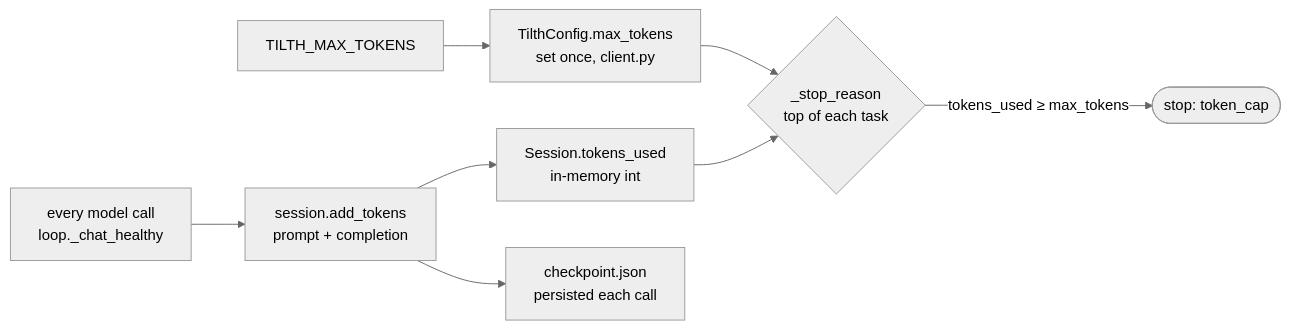
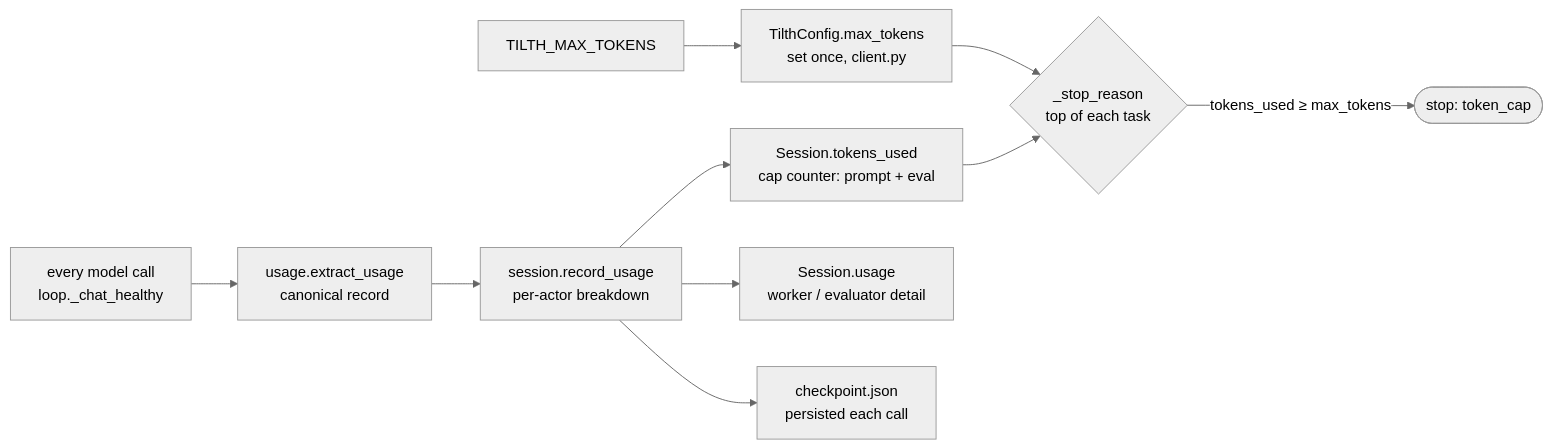
The diagram in docs/deep-dives/token-recording.md (AlteredCraft/tilth), drawn with Mermaid (neutral theme) before and after one commit. The commit also changed other lines of this file and 21 other files, not shown here.

````diff
--- a/docs/deep-dives/token-recording.md
+++ b/docs/deep-dives/token-recording.md
@@ -5,10 +5,12 @@
 ```mermaid
 flowchart LR
   env[TILTH_MAX_TOKENS] --> cfg[TilthConfig.max_tokens<br/>set once, client.py]
-  call[every model call<br/>loop._chat_healthy] --> add[session.add_tokens<br/>prompt + completion]
-  add --> mem[Session.tokens_used<br/>in-memory int]
-  add --> ckpt[checkpoint.json<br/>persisted each call]
+  call[every model call<br/>loop._chat_healthy] --> ext[usage.extract_usage<br/>canonical record]
+  ext --> rec[session.record_usage<br/>per-actor breakdown]
+  rec --> mem[Session.tokens_used<br/>cap counter: prompt + eval]
+  rec --> brk[Session.usage<br/>worker / evaluator detail]
+  rec --> ckpt[checkpoint.json<br/>persisted each call]
   cfg --> gate{_stop_reason<br/>top of each task}
   mem --> gate
   gate -- "tokens_used ≥ max_tokens" --> stop([stop: token_cap])
 ```
````
